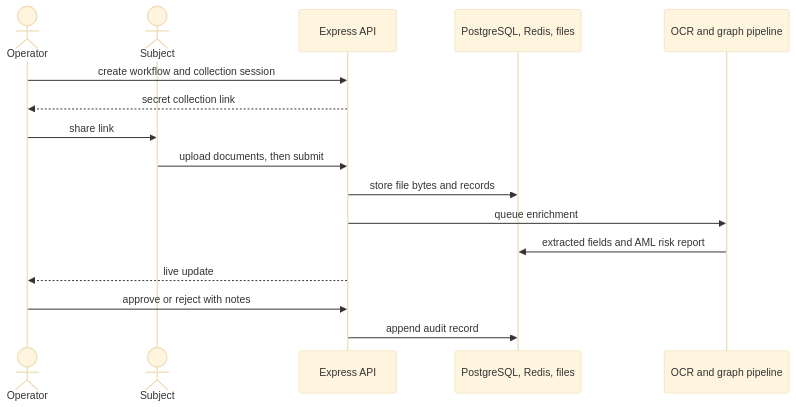
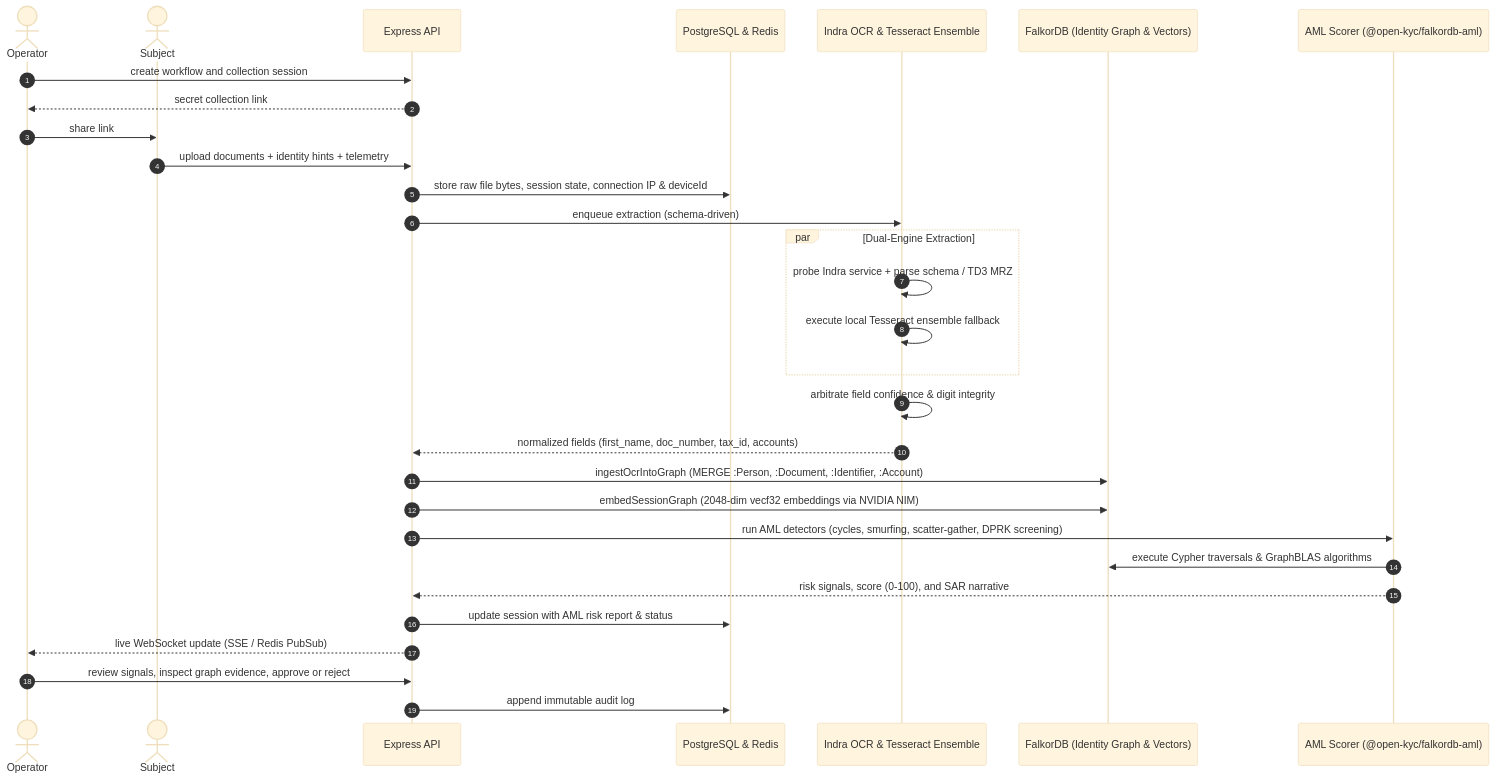
The first of 11 diagrams in readme.md (biomathcode/aml-graph), drawn with Mermaid (base theme) before and after one commit. The commit also changed other lines of this file and 1 other file, not shown here.

Commit message:
docs: document AML graph algorithms, Indra OCR pipeline, and FalkorDB ingestion architecture

````diff
--- a/readme.md
+++ b/readme.md
@@ -19,19 +19,33 @@
 ```mermaid
 sequenceDiagram
+  autonumber
   actor O as Operator
   actor S as Subject
-  participant A as Express API
-  participant D as PostgreSQL, Redis, files
-  participant P as OCR and graph pipeline
+  participant API as Express API
+  participant DB as PostgreSQL & Redis
+  participant OCR as Indra OCR & Tesseract Ensemble
+  participant FDB as FalkorDB (Identity Graph & Vectors)
+  participant AML as AML Scorer (@open-kyc/falkordb-aml)
 
-  O->>A: create workflow and collection session
-  A-->>O: secret collection link
+  O->>API: create workflow and collection session
+  API-->>O: secret collection link
   O->>S: share link
-  S->>A: upload documents, then submit
-  A->>D: store file bytes and records
-  A->>P: queue enrichment
-  P->>D: extracted fields and AML risk report
-  A-->>O: live update
-  O->>A: approve or reject with notes
-  A->>D: append audit record
+  S->>API: upload documents + identity hints + telemetry
+  API->>DB: store raw file bytes, session state, connection IP & deviceId
+  API->>OCR: enqueue extraction (schema-driven)
+  par Dual-Engine Extraction
+    OCR->>OCR: probe Indra service + parse schema / TD3 MRZ
+    OCR->>OCR: execute local Tesseract ensemble fallback
+  end
+  OCR->>OCR: arbitrate field confidence & digit integrity
+  OCR-->>API: normalized fields (first_name, doc_number, tax_id, accounts)
+  API->>FDB: ingestOcrIntoGraph (MERGE :Person, :Document, :Identifier, :Account)
+  API->>FDB: embedSessionGraph (2048-dim vecf32 embeddings via NVIDIA NIM)
+  API->>AML: run AML detectors (cycles, smurfing, scatter-gather, DPRK screening)
+  AML->>FDB: execute Cypher traversals & GraphBLAS algorithms
+  AML-->>API: risk signals, score (0-100), and SAR narrative
+  API->>DB: update session with AML risk report & status
+  API-->>O: live WebSocket update (SSE / Redis PubSub)
+  O->>API: review signals, inspect graph evidence, approve or reject
+  API->>DB: append immutable audit log
 ```
````
